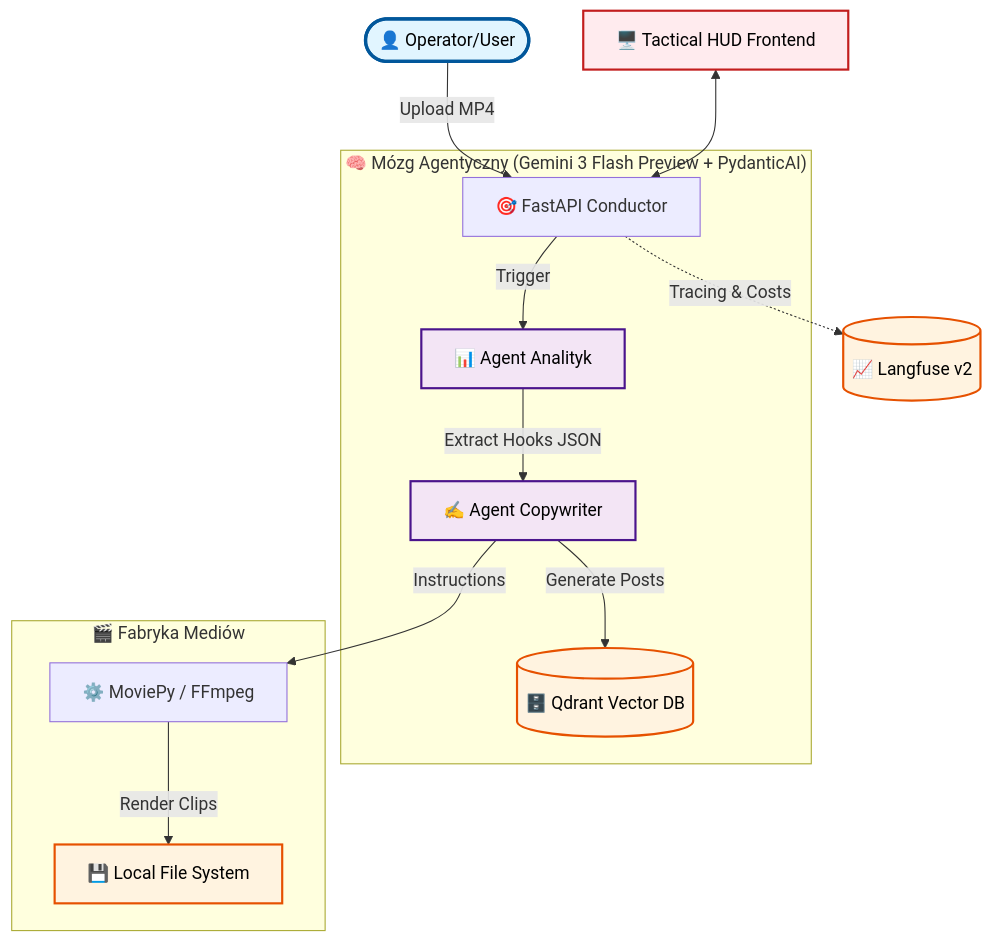
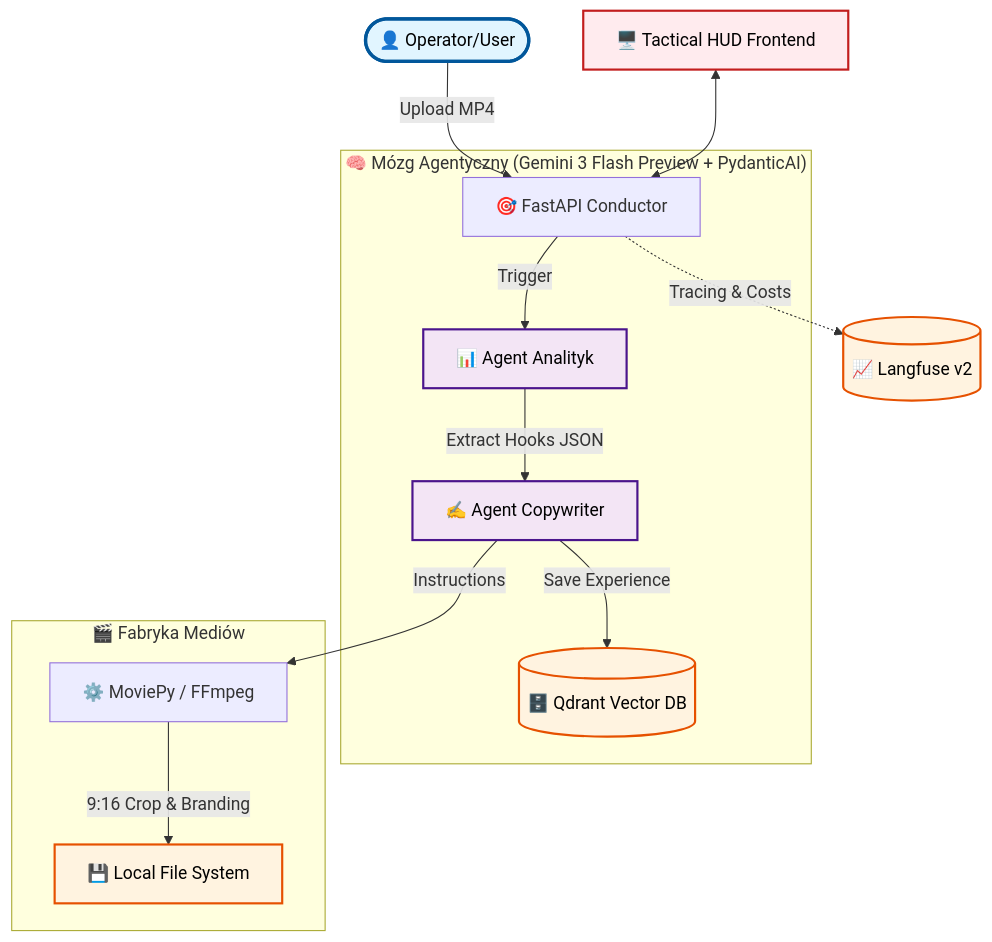
Before and after one commit to takzen/omni-operator-v1: the diagram in README.md, drawn with Mermaid. The commit also changed other lines of this file and 13 other files, not shown here.

````diff
--- a/README.md
+++ b/README.md
@@ -54,28 +70,28 @@
 ```mermaid
 graph TD
     User([👤 Operator/User]) -->|Upload MP4| API[🎯 FastAPI Conductor]
     UI[🖥️ Tactical HUD Frontend] <--> API
 
     subgraph Brain["🧠 Mózg Agentyczny (Gemini 3 Flash Preview + PydanticAI)"]
         API -->|Trigger| Analyst[📊 Agent Analityk]
         Analyst -->|Extract Hooks JSON| Copywriter[✍️ Agent Copywriter]
-        Copywriter -->|Generate Posts| Memory[(🗄️ Qdrant Vector DB)]
+        Copywriter -->|Save Experience| Memory[(🗄️ Qdrant Vector DB)]
     end
 
     subgraph Factory["🎬 Fabryka Mediów"]
         Copywriter -->|Instructions| VideoEngine[⚙️ MoviePy / FFmpeg]
-        VideoEngine -->|Render Clips| Storage[💾 Local File System]
+        VideoEngine -->|9:16 Crop & Branding| Storage[💾 Local File System]
     end
 
     API -.->|Tracing & Costs| Langfuse[(📈 Langfuse v2)]
 
     classDef userNode fill:#e1f5ff,stroke:#01579b,stroke-width:3px,color:#000
     classDef uiNode fill:#ffebee,stroke:#c21d1d,stroke-width:2px,color:#000
     classDef agentNode fill:#f3e5f5,stroke:#4a148c,stroke-width:2px,color:#000
     classDef storageNode fill:#fff3e0,stroke:#e65100,stroke-width:2px,color:#000
 
     class User userNode
     class UI uiNode
     class Analyst,Copywriter agentNode
     class Memory,Storage,Langfuse storageNode
 ```
````
